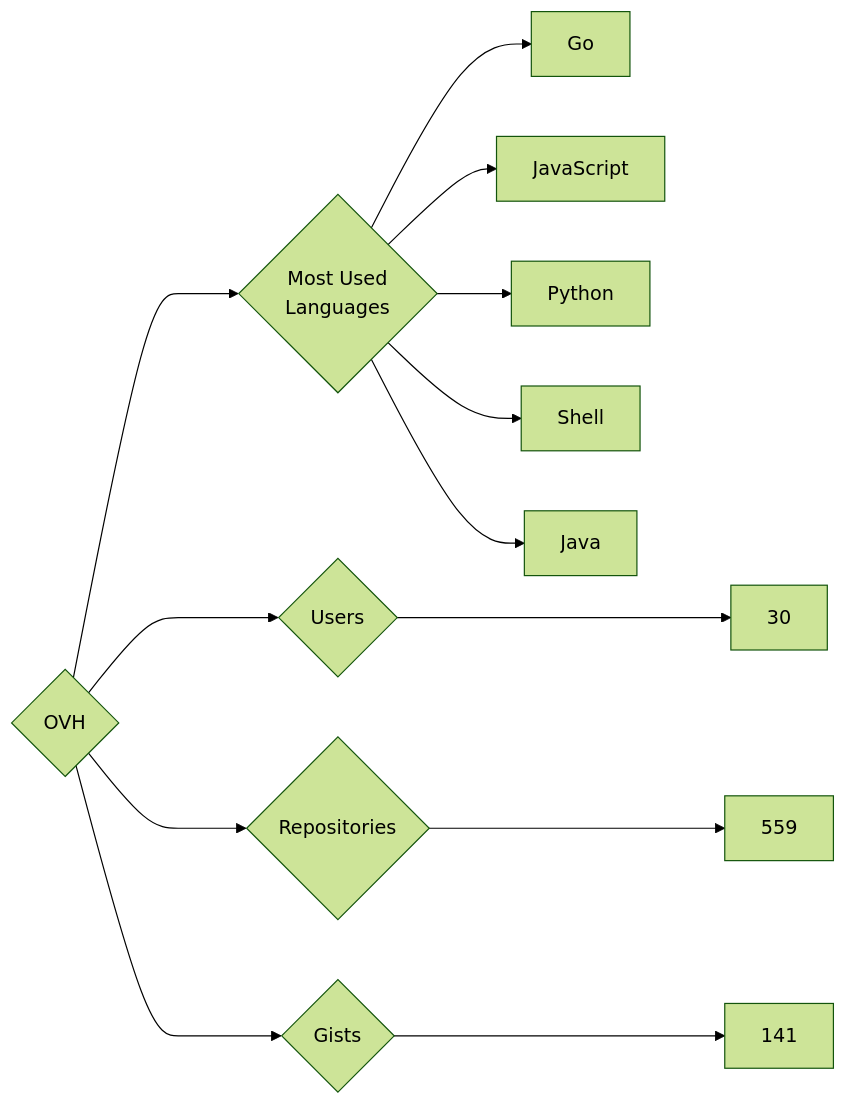
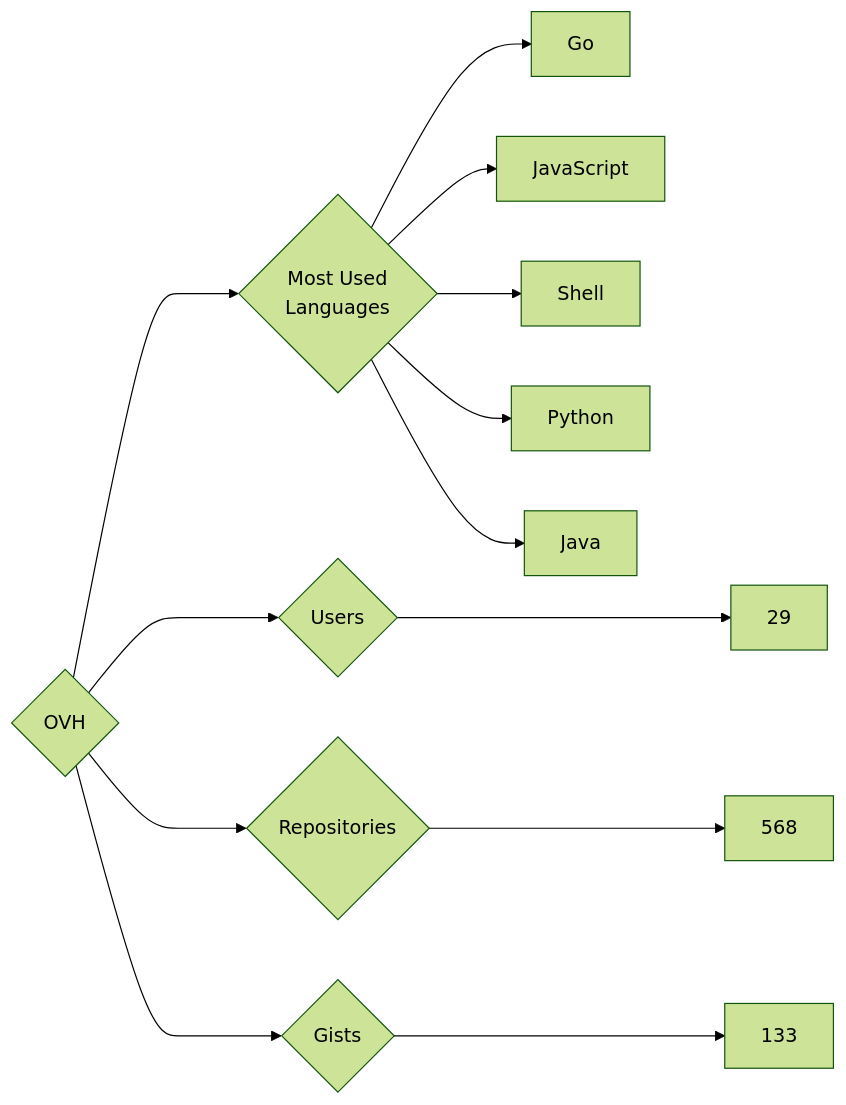
Before and after one commit to trickest/insiders: the diagram in targets/OVH/README.md, drawn with Mermaid (forest theme). The commit also changed 976 other files, not shown here.

````diff
--- a/targets/OVH/README.md
+++ b/targets/OVH/README.md
@@ -3,13 +3,13 @@
 ```mermaid
 graph LR
 COMPANY_NAME{OVH}
-COMPANY_NAME ---> U{Users} ---> UN[30]
-COMPANY_NAME ---> R{Repositories} ---> RN[559]
-COMPANY_NAME ---> G{Gists} ---> GN[141]
+COMPANY_NAME ---> U{Users} ---> UN[29]
+COMPANY_NAME ---> R{Repositories} ---> RN[568]
+COMPANY_NAME ---> G{Gists} ---> GN[133]
 COMPANY_NAME ---> ML{Most Used<br>Languages}
 ML --> Go[Go]
 ML --> JavaScript[JavaScript]
+ML --> Shell[Shell]
 ML --> Python[Python]
-ML --> Shell[Shell]
 ML --> Java[Java]
 ```
````
